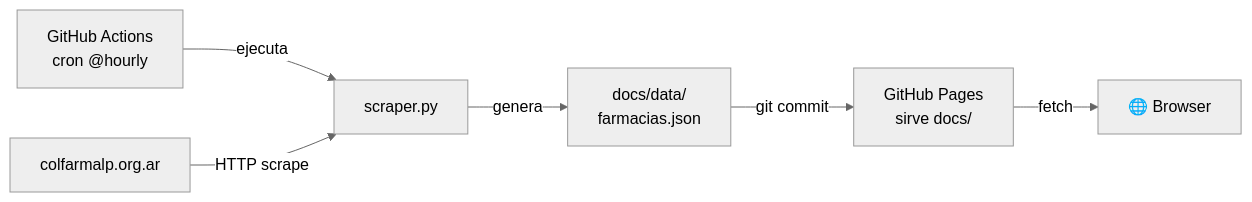
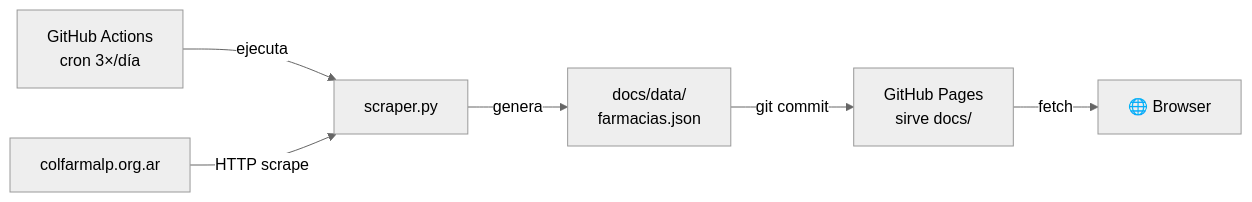
One commit to indirivacua/farmaguardia changed the diagram in README.md. Above: the diagram before and after it, drawn with Mermaid (neutral theme). The commit also changed other lines of this file and 4 other files, not shown here.

````diff
--- a/README.md
+++ b/README.md
@@ -33,15 +68,15 @@
 ```mermaid
 flowchart LR
     A[colfarmalp.org.ar]
     B[scraper.py]
-    C[GitHub Actions<br/>cron @hourly]
+    C[GitHub Actions<br/>cron 3×/día]
     D[docs/data/<br/>farmacias.json]
     E[GitHub Pages<br/>sirve docs/]
     F[🌐 Browser]
 
     C -->|ejecuta| B
     A -->|HTTP scrape| B
     B -->|genera| D
     D -->|git commit| E
     E -->|fetch| F
 ```
````
